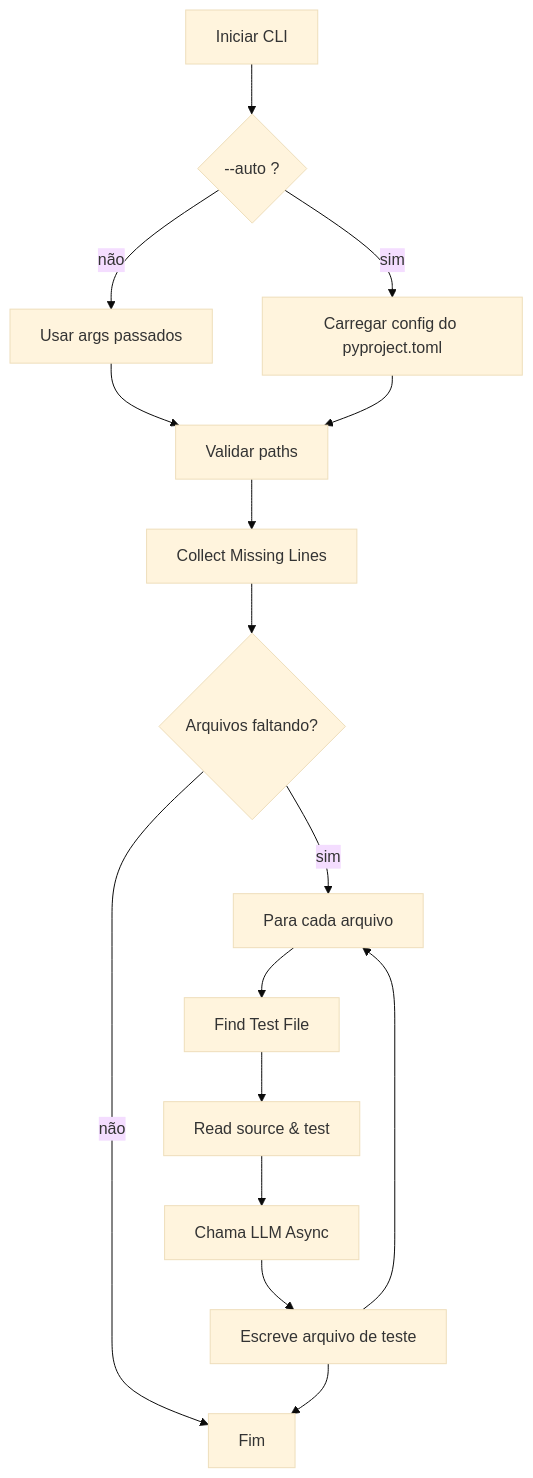
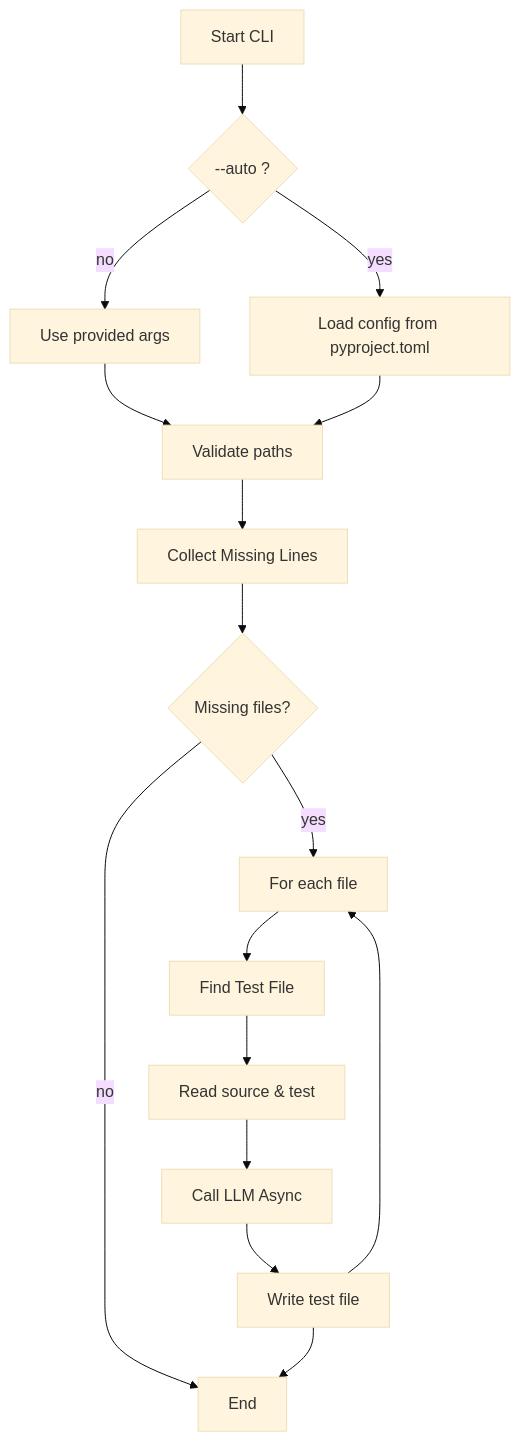
One commit to Ofido/AIUnitTest changed the diagram in docs/initial.md. Above: the diagram before and after it, drawn with Mermaid (base theme). The commit also changed other lines of this file and 7 other files, not shown here.

````diff
--- a/docs/initial.md
+++ b/docs/initial.md
@@ -39,18 +35,18 @@
-   ```mermaid
-   flowchart TD
-       A[Iniciar CLI] --> B{--auto ?}
-       B -- sim --> C[Carregar config do pyproject.toml]
-       B -- não --> D[Usar args passados]
-       D --> E[Validar paths]
-       C --> E
-       E --> F[Collect Missing Lines]
-       F --> G{Arquivos faltando?}
-       G -- não --> H[Fim]
-       G -- sim --> I[Para cada arquivo]
-       I --> J[Find Test File]
-       J --> K[Read source & test]
-       K --> L[Chama LLM Async]
-       L --> M[Escreve arquivo de teste]
-       M --> I
-       M --> H
-   ```
+    ```mermaid
+      flowchart TD
+      A[Start CLI] --> B{--auto ?}
+      B -- yes --> C[Load config from pyproject.toml]
+      B -- no --> D[Use provided args]
+      D --> E[Validate paths]
+          C --> E
+          E --> F[Collect Missing Lines]
+      F --> G{Missing files?}
+      G -- no --> H[End]
+      G -- yes --> I[For each file]
+          I --> J[Find Test File]
+          J --> K[Read source & test]
+      K --> L[Call LLM Async]
+      L --> M[Write test file]
+          M --> I
+          M --> H
+    ```
````
